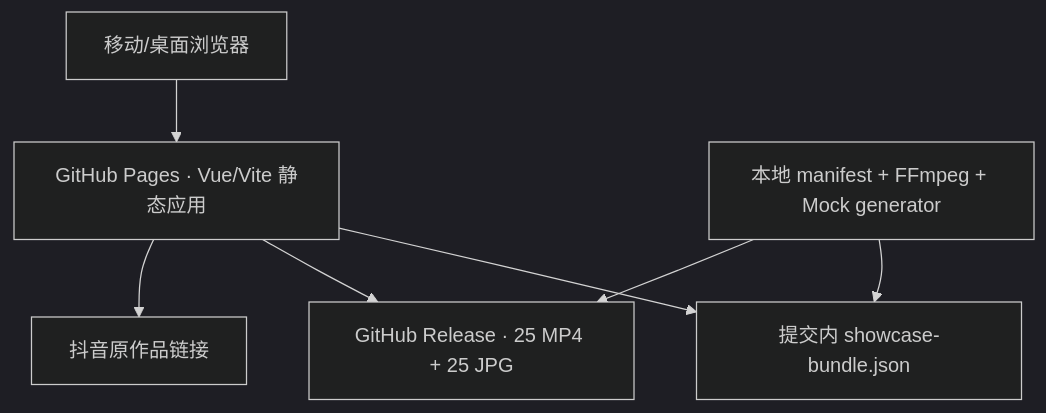
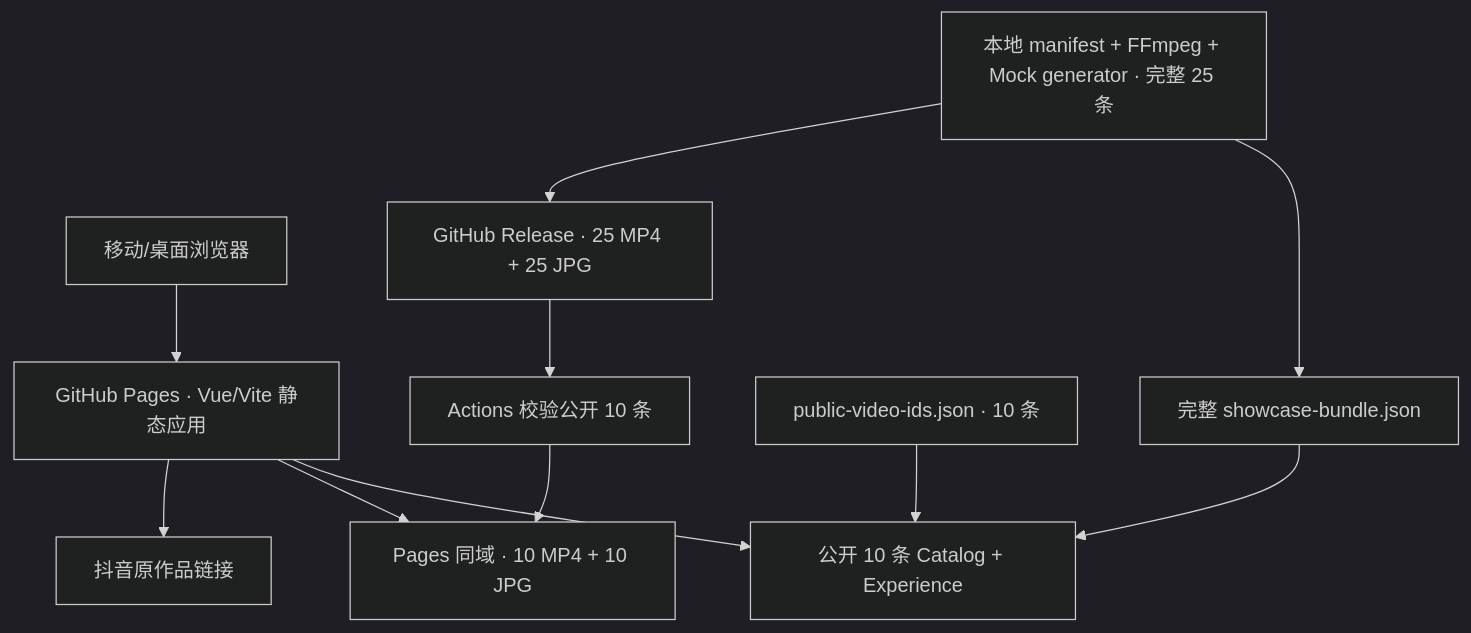
Before and after one commit to wzxsph/caibao: the fifth of 5 diagrams in 财经推演室_PRD_V2.7.md, drawn with Mermaid (dark theme). The commit also changed other lines of this file and 9 other files, not shown here.

Commit message:
docs: record ten-video same-origin showcase

````diff
--- a/财经推演室_PRD_V2.7.md
+++ b/财经推演室_PRD_V2.7.md
@@ -437,9 +437,13 @@
 ```mermaid
 flowchart TD
   User["移动/桌面浏览器"] --> Pages["GitHub Pages · Vue/Vite 静态应用"]
-  Pages --> Bundle["提交内 showcase-bundle.json"]
-  Pages --> Release["GitHub Release · 25 MP4 + 25 JPG"]
+  Pages --> Bundle["公开 10 条 Catalog + Experience"]
+  Pages --> Media["Pages 同域 · 10 MP4 + 10 JPG"]
   Pages --> Douyin["抖音原作品链接"]
-  Builder["本地 manifest + FFmpeg + Mock generator"] --> Bundle
-  Builder --> Release
+  Builder["本地 manifest + FFmpeg + Mock generator · 完整 25 条"] --> Full["完整 showcase-bundle.json"]
+  Public["public-video-ids.json · 10 条"] --> Bundle
+  Full --> Bundle
+  Builder --> Release["GitHub Release · 25 MP4 + 25 JPG"]
+  Release --> Stage["Actions 校验公开 10 条"]
+  Stage --> Media
 ```
````
